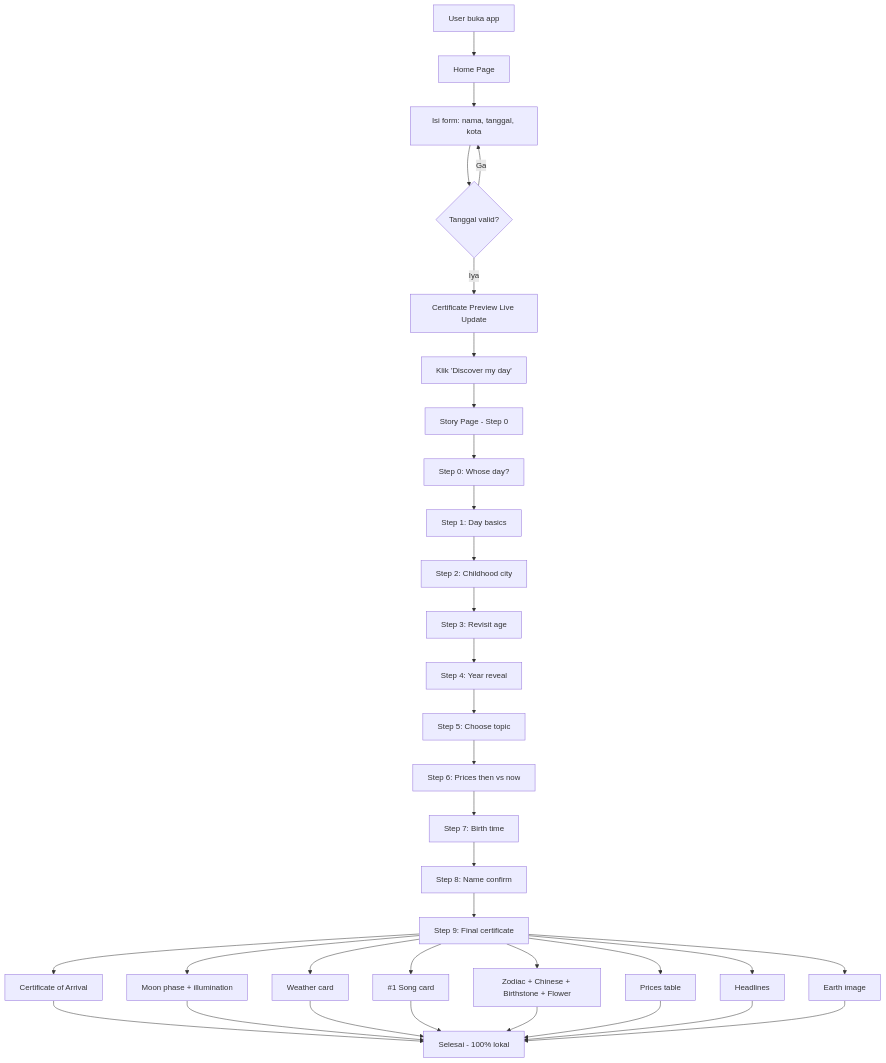
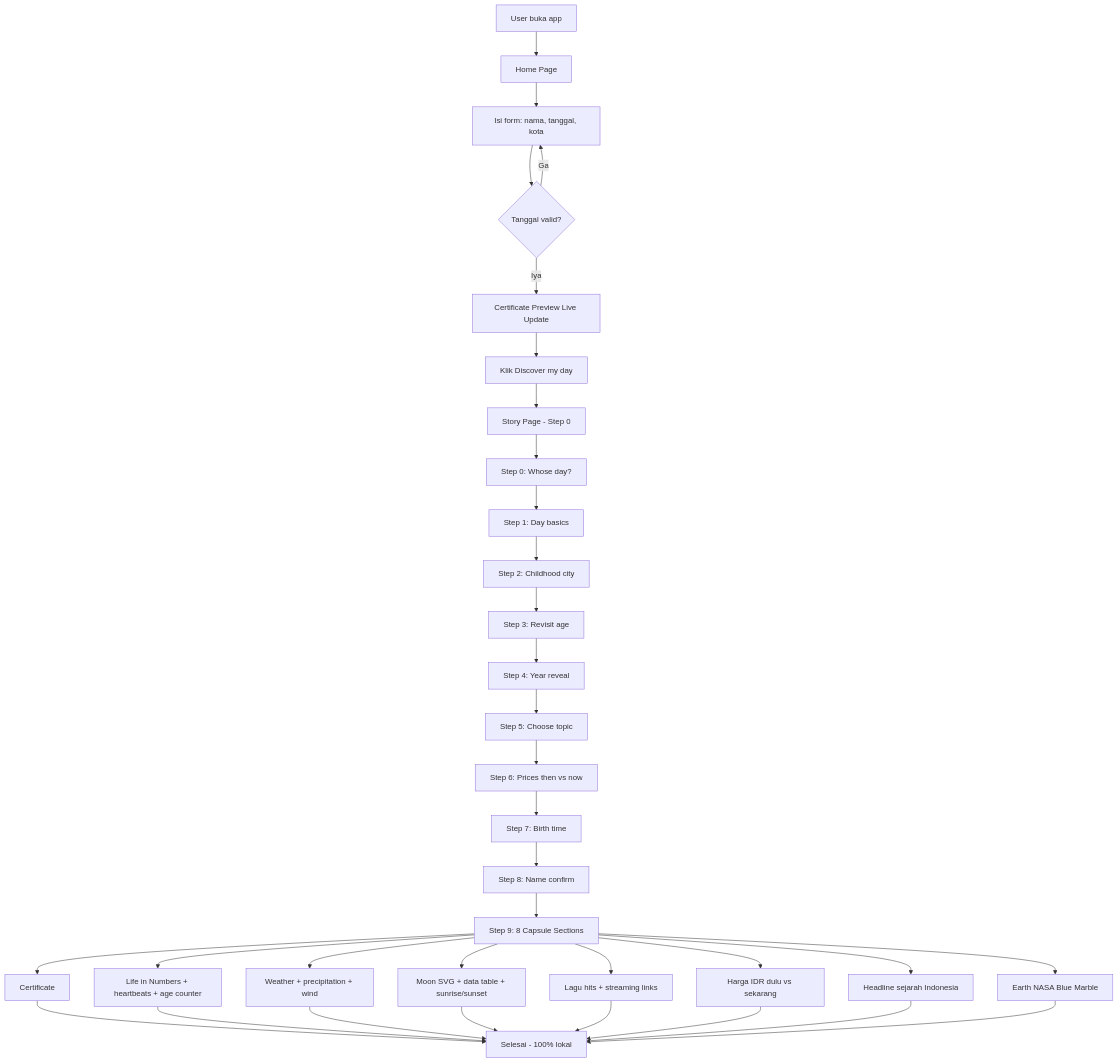
Before and after one commit to el-pablos/tams-bornhere-app: the first of 2 diagrams in README.md, drawn with Mermaid. The commit also changed other lines of this file and 12 other files, not shown here.

Commit message:
docs: update readme lengkap dengan 8 capsule section data indonesia harga idr lagu indonesia headline sejarah dan screenshot baru

````diff
--- a/README.md
+++ b/README.md
@@ -106,39 +147,39 @@
 ```mermaid
 graph TD
     A[User buka app] --> B[Home Page]
     B --> C[Isi form: nama, tanggal, kota]
     C --> D{Tanggal valid?}
     D -- Ga --> C
     D -- Iya --> E[Certificate Preview Live Update]
-    E --> F[Klik 'Discover my day']
+    E --> F[Klik Discover my day]
     F --> G[Story Page - Step 0]
     
     G --> H[Step 0: Whose day?]
     H --> I[Step 1: Day basics]
     I --> J[Step 2: Childhood city]
     J --> K[Step 3: Revisit age]
     K --> L[Step 4: Year reveal]
     L --> M[Step 5: Choose topic]
     M --> N[Step 6: Prices then vs now]
     N --> O[Step 7: Birth time]
     O --> P[Step 8: Name confirm]
-    P --> Q[Step 9: Final certificate]
+    P --> Q[Step 9: 8 Capsule Sections]
     
-    Q --> R[Certificate of Arrival]
-    Q --> S[Moon phase + illumination]
-    Q --> T[Weather card]
-    Q --> U[#1 Song card]
-    Q --> V[Zodiac + Chinese + Birthstone + Flower]
-    Q --> W[Prices table]
-    Q --> X[Headlines]
-    Q --> Y[Earth image]
+    Q --> Q1[Certificate]
+    Q --> Q2[Life in Numbers + heartbeats + age counter]
+    Q --> Q3[Weather + precipitation + wind]
+    Q --> Q4[Moon SVG + data table + sunrise/sunset]
+    Q --> Q5[Lagu hits + streaming links]
+    Q --> Q6[Harga IDR dulu vs sekarang]
+    Q --> Q7[Headline sejarah Indonesia]
+    Q --> Q8[Earth NASA Blue Marble]
     
-    R --> Z[Selesai - 100% lokal]
-    S --> Z
-    T --> Z
-    U --> Z
-    V --> Z
-    W --> Z
-    X --> Z
-    Y --> Z
+    Q1 --> Z[Selesai - 100% lokal]
+    Q2 --> Z
+    Q3 --> Z
+    Q4 --> Z
+    Q5 --> Z
+    Q6 --> Z
+    Q7 --> Z
+    Q8 --> Z
 ```
````
